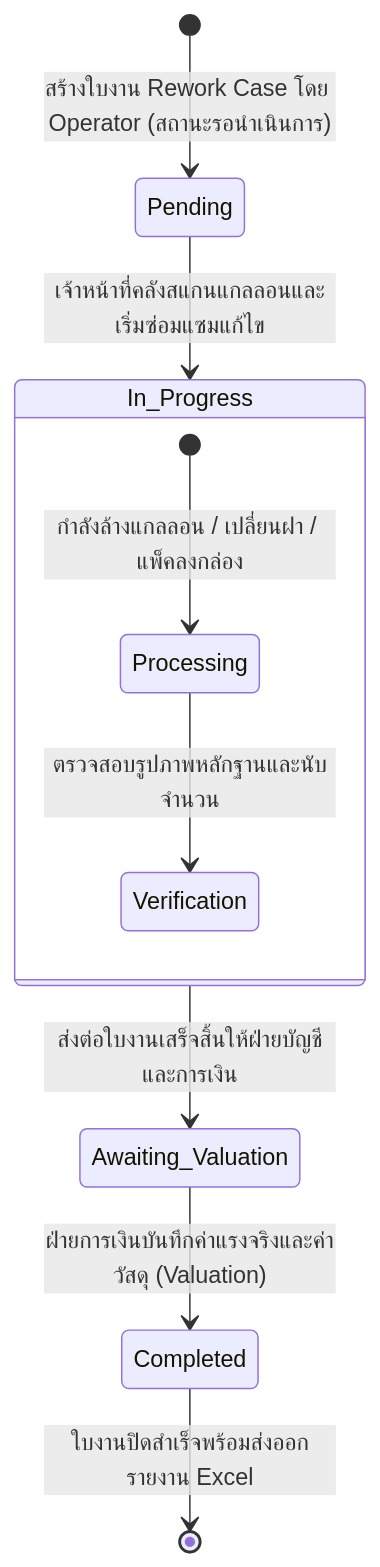
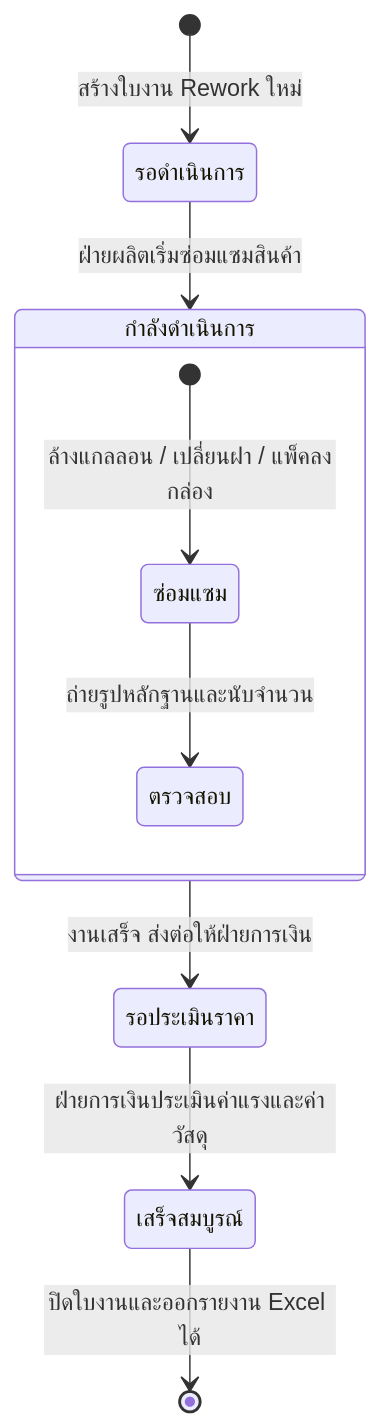
Before and after one commit to yean30102546-rgb/QSMS_project: the fourth of 7 diagrams in system_flow_diagrams.md, drawn with Mermaid. The commit also changed other lines of this file and 16 other files, not shown here.

Commit message:
feat: update RAG module, rework update modals, system diagrams and project docs

````diff
--- a/system_flow_diagrams.md
+++ b/system_flow_diagrams.md
@@ -90,17 +85,17 @@
 ```mermaid
 stateDiagram-v2
-    [*] --> Pending : สร้างใบงาน Rework Case โดย Operator (สถานะรอนำเนินการ)
+    [*] --> รอดำเนินการ : สร้างใบงาน Rework ใหม่
     
-    Pending --> In_Progress : เจ้าหน้าที่คลังสแกนแกลลอนและเริ่มซ่อมแซมแก้ไข
+    รอดำเนินการ --> กำลังดำเนินการ : ฝ่ายผลิตเริ่มซ่อมแซมสินค้า
     
-    state In_Progress {
-        [*] --> Processing : กำลังล้างแกลลอน / เปลี่ยนฝา / แพ็คลงกล่อง
-        Processing --> Verification : ตรวจสอบรูปภาพหลักฐานและนับจำนวน
+    state กำลังดำเนินการ {
+        [*] --> ซ่อมแซม : ล้างแกลลอน / เปลี่ยนฝา / แพ็คลงกล่อง
+        ซ่อมแซม --> ตรวจสอบ : ถ่ายรูปหลักฐานและนับจำนวน
     }
     
-    In_Progress --> Awaiting_Valuation : ส่งต่อใบงานเสร็จสิ้นให้ฝ่ายบัญชีและการเงิน
+    กำลังดำเนินการ --> รอประเมินราคา : งานเสร็จ ส่งต่อให้ฝ่ายการเงิน
     
-    Awaiting_Valuation --> Completed : ฝ่ายการเงินบันทึกค่าแรงจริงและค่าวัสดุ (Valuation)
+    รอประเมินราคา --> เสร็จสมบูรณ์ : ฝ่ายการเงินประเมินค่าแรงและค่าวัสดุ
     
-    Completed --> [*] : ใบงานปิดสำเร็จพร้อมส่งออกรายงาน Excel
+    เสร็จสมบูรณ์ --> [*] : ปิดใบงานและออกรายงาน Excel ได้
 ```
````
